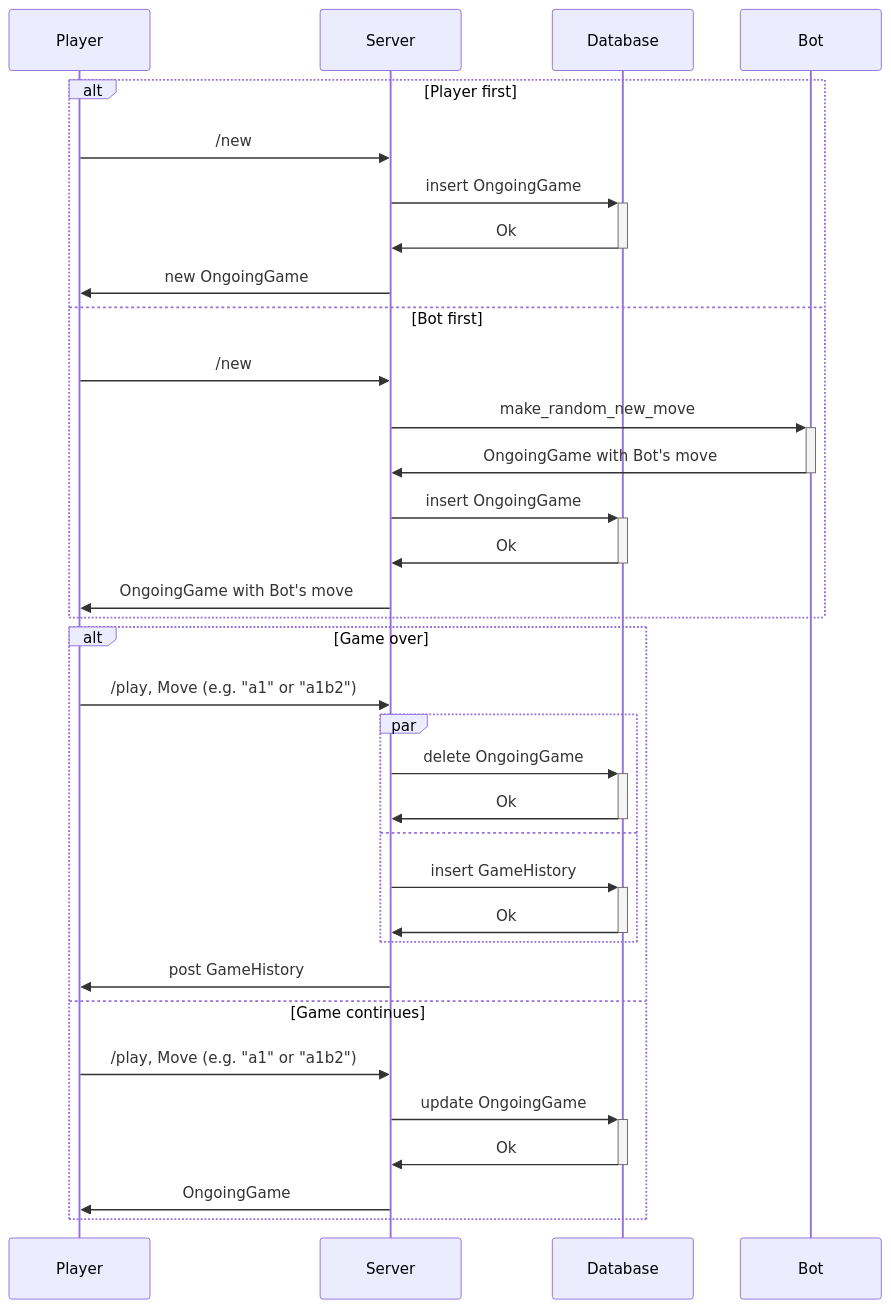
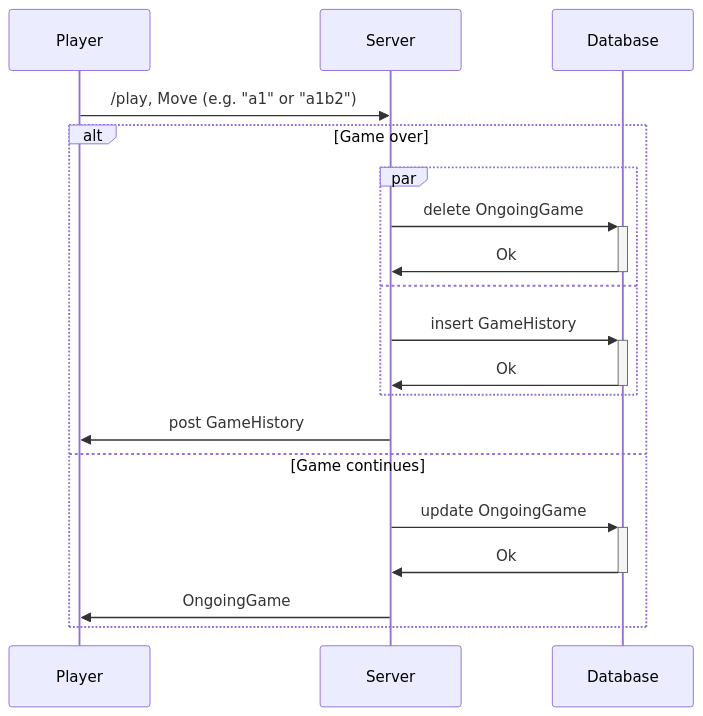
The second of 4 diagrams in three_mens_morris/docs/readme.md (cho-minsung/x-mens-morris), drawn with Mermaid before and after one commit.

Commit message:
split sequence diagram to two

````diff
--- a/three_mens_morris/docs/readme.md
+++ b/three_mens_morris/docs/readme.md
@@ -7,37 +27,19 @@
 ```mermaid
 sequenceDiagram
-
-alt Player first
-    Player->>Server: /new
-    Server->>+Database: insert OngoingGame
-    Database->>-Server: Ok
-    Server->>Player: new OngoingGame
-else Bot first
-    Player->>Server: /new
-    Server->>+Bot: make_random_new_move
-    Bot->>-Server: OngoingGame with Bot's move
-    Server->>+Database: insert OngoingGame
-    Database->>-Server: Ok
-    Server->>Player: OngoingGame with Bot's move
-end
-
-
+Player->>Server: /play, Move (e.g. "a1" or "a1b2")
 alt Game over
-    Player->>Server: /play, Move (e.g. "a1" or "a1b2")
-
     par
         Server->>+Database: delete OngoingGame
         Database->>-Server: Ok
     and
         Server->>+Database: insert GameHistory
         Database->>-Server: Ok
     end
     
     Server->>Player: post GameHistory
 else Game continues
-    Player->>Server: /play, Move (e.g. "a1" or "a1b2")
     Server->>+Database: update OngoingGame
     Database->>-Server: Ok
     Server->>Player: OngoingGame
 end
 ```
````
